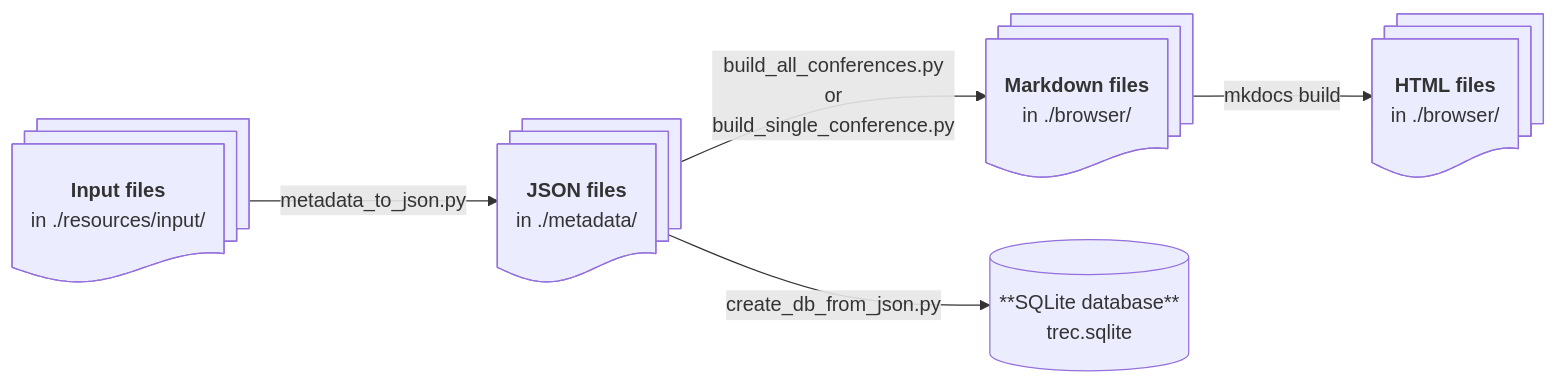
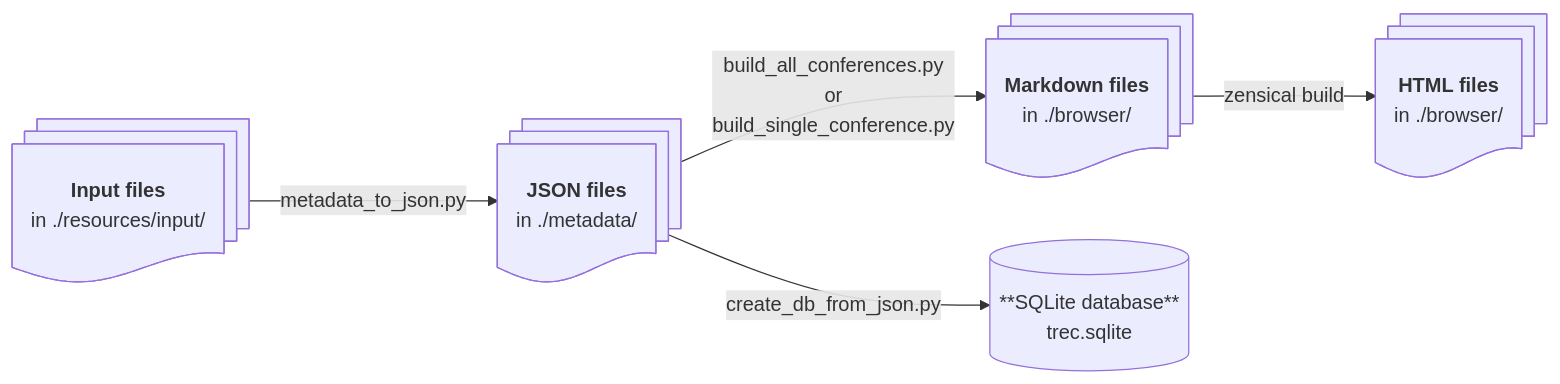
Before and after one commit to isoboroff/trec-pages-builder: the second of 2 diagrams in README.md, drawn with Mermaid. The commit also changed other lines of this file, not shown here.

Commit message:
update readme with zensical.

````diff
--- a/README.md
+++ b/README.md
@@ -109,12 +109,12 @@
 ```mermaid
 ---
 theme: forest
 ---
 
 flowchart LR
 	A@{ shape: docs, label: "**Input files** <br> in ./resources/input/"}	
     A -->|metadata_to_json.py| B@{ shape: docs, label: "**JSON files** <br> in ./metadata/"}
     B -->|build_all_conferences.py <br> or <br> build_single_conference.py| C@{ shape: docs, label: "**Markdown files** <br> in ./browser/"}
 	B -->|create_db_from_json.py| D[(**SQLite database** <br> trec.sqlite)]
-    C -->|mkdocs build| E@{ shape: docs, label: "**HTML files** <br> in ./browser/"}
+    C -->|zensical build| E@{ shape: docs, label: "**HTML files** <br> in ./browser/"}
 ```
````
